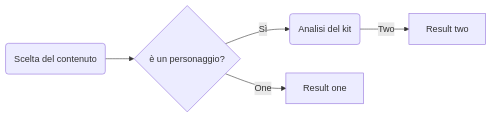
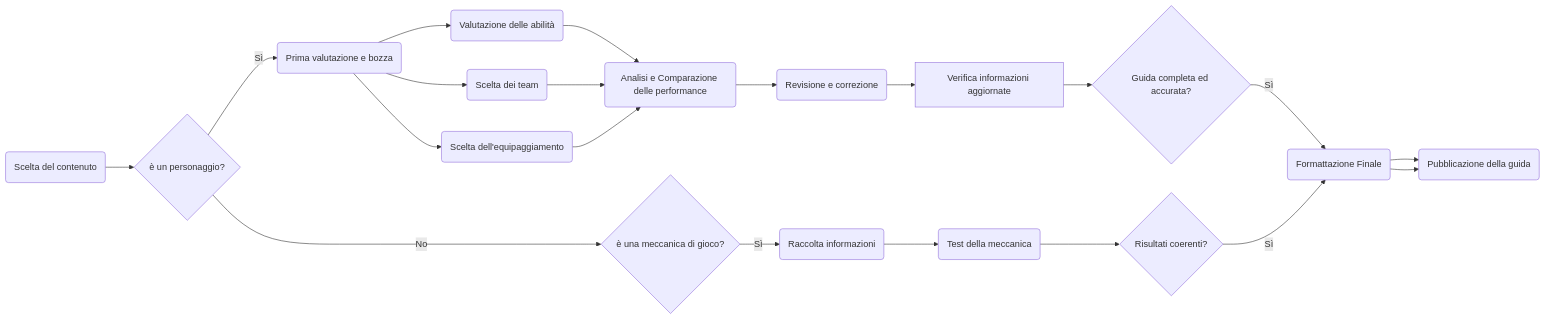
The first of 2 diagrams in RelazioneProgettoEsame.md (RafVale/Progetto-Editoria-Digitale), drawn with Mermaid before and after one commit. The commit also changed other lines of this file, not shown here.

````diff
--- a/RelazioneProgettoEsame.md
+++ b/RelazioneProgettoEsame.md
@@ -68,7 +61,23 @@
 ```mermaid
 flowchart LR
     A(Scelta del contenuto) --> B{è un personaggio?}
-    B --> |Sì| C(Analisi del kit)
-    B -->|One| D[Result one]
-    C -->|Two| E[Result two]
+        B --> |Sì| C(Prima valutazione e bozza)
+            C --> D(Valutazione delle abilità)
+            C --> E(Scelta dei team)
+            C --> F(Scelta dell'equipaggiamento)
+            D & E & F --> G(Analisi e Comparazione delle performance)
+            G --> H(Revisione e correzione)
+            H --> I[Verifica informazioni aggiornate]
+            I --> L{Guida completa ed accurata?}
+        L --> |Sì| Y(Formattazione Finale)
+    Y--> Z(Pubblicazione della guida)
+
+    B -->|No| M{è una meccanica di gioco?}
+        M -->|Sì| N(Raccolta informazioni)
+            N--> O(Test della meccanica)
+            O --> P{Risultati coerenti?}
+    P -->|Sì| Y(Formattazione Finale)
+    Y--> Z(Pubblicazione della guida)
+
+
 ```
````
